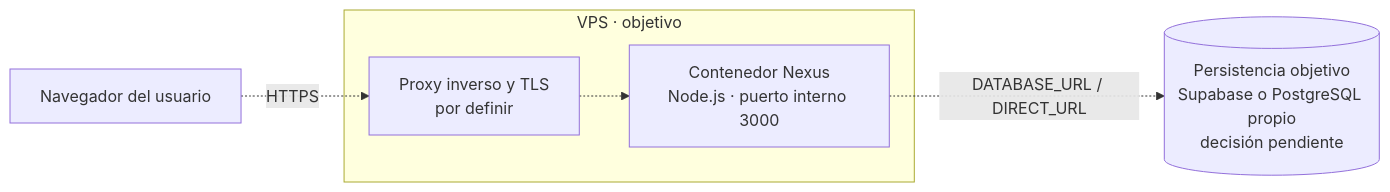
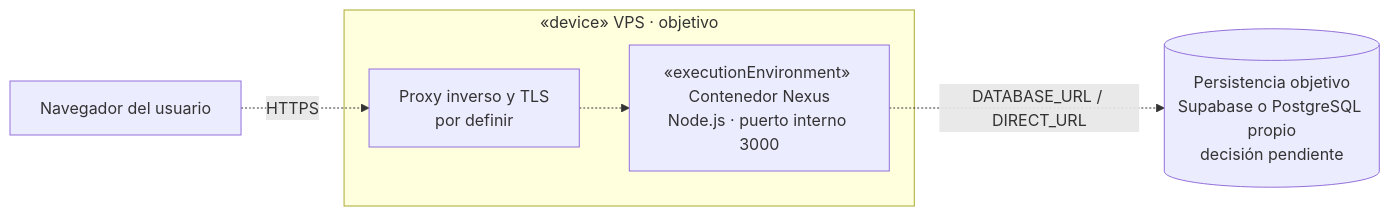
Before and after one commit to gpgsistemas01/nexus: the fourth of 4 diagrams in docs/architecture/views/physical/01-system-runtime-and-deployment.md, drawn with Mermaid. The commit also changed other lines of this file and 198 other files, not shown here.

Commit message:
docs: mejorar notación UML y distribución de diagramas Mermaid

````diff
--- a/docs/architecture/views/physical/01-system-runtime-and-deployment.md
+++ b/docs/architecture/views/physical/01-system-runtime-and-deployment.md
@@ -118,15 +118,15 @@
 ```mermaid
 flowchart LR
     browserTarget["Navegador del usuario"]
 
-    subgraph vps["VPS · objetivo"]
+    subgraph vps["«device» VPS · objetivo"]
         ingress["Proxy inverso y TLS<br/>por definir"]
-        nexusContainer["Contenedor Nexus<br/>Node.js · puerto interno 3000"]
+        nexusContainer["«executionEnvironment» Contenedor Nexus<br/>Node.js · puerto interno 3000"]
         ingress -.-> nexusContainer
     end
 
     targetDatabase[("Persistencia objetivo<br/>Supabase o PostgreSQL propio<br/>decisión pendiente")]
 
     browserTarget -.->|"HTTPS"| ingress
     nexusContainer -.->|"DATABASE_URL / DIRECT_URL"| targetDatabase
 ```
````
